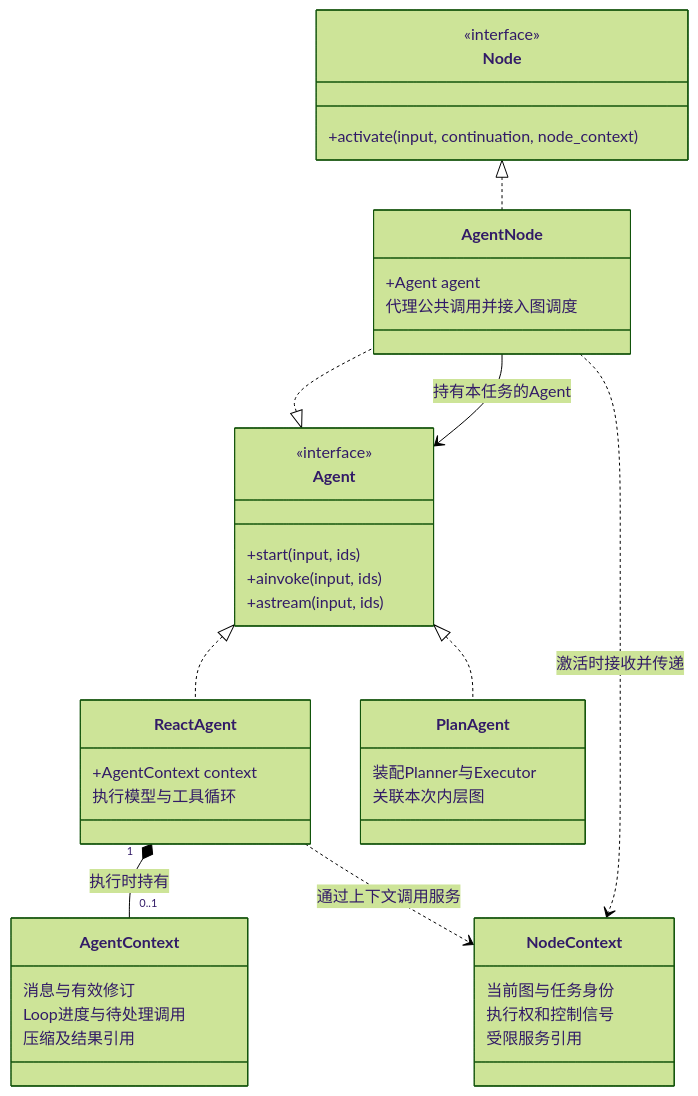
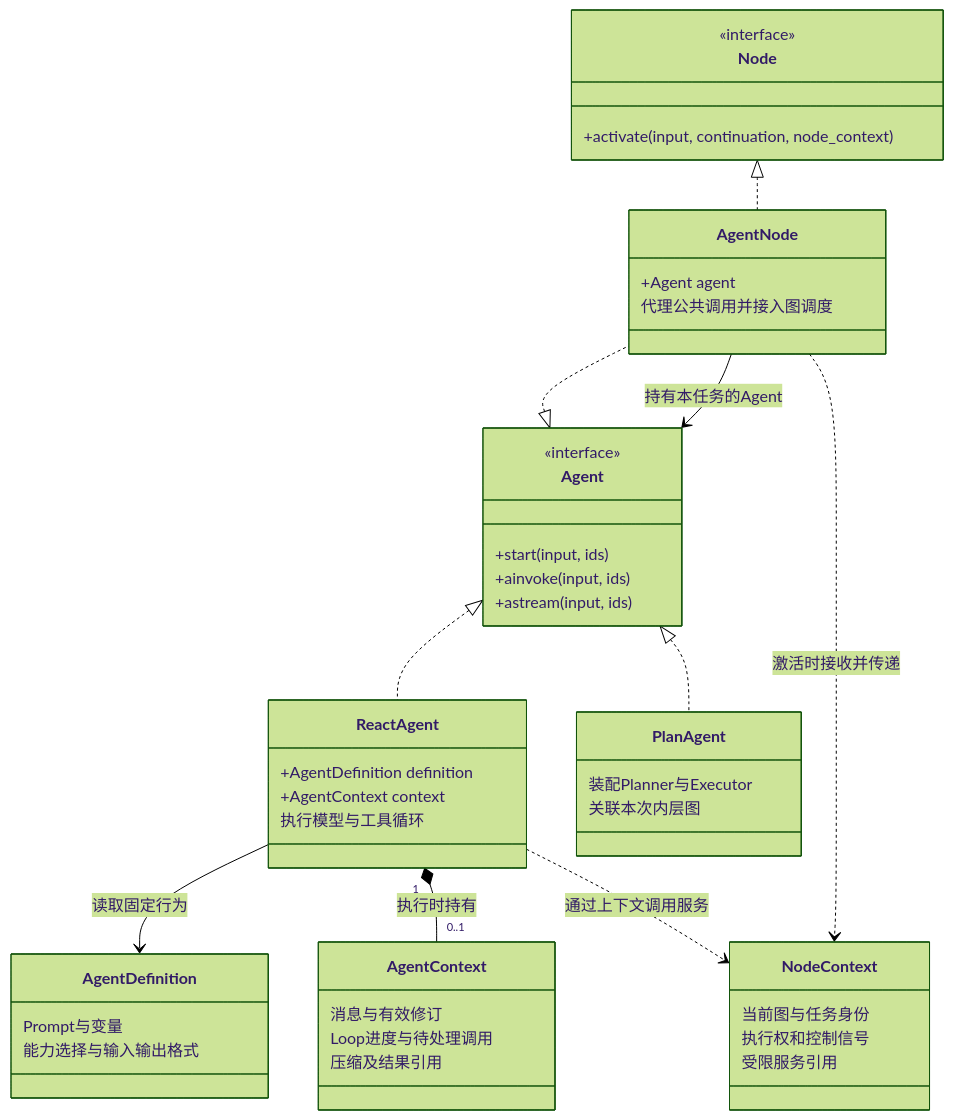
The fifth of 14 diagrams in docs/sdk/object-collaboration.md (dujian0068/agent-loom), drawn with Mermaid (forest theme) before and after one commit. The commit also changed other lines of this file and 17 other files, not shown here.

````diff
--- a/docs/sdk/object-collaboration.md
+++ b/docs/sdk/object-collaboration.md
@@ -138,44 +303,50 @@
 ```mermaid
 classDiagram
     direction TB
     class Node {
       <<interface>>
       +activate(input, continuation, node_context)
     }
     class Agent {
       <<interface>>
       +start(input, ids)
       +ainvoke(input, ids)
       +astream(input, ids)
     }
     class AgentNode {
       +Agent agent
       代理公共调用并接入图调度
     }
     class ReactAgent {
+      +AgentDefinition definition
       +AgentContext context
       执行模型与工具循环
+    }
+    class AgentDefinition {
+      Prompt与变量
+      能力选择与输入输出格式
     }
     class PlanAgent {
       装配Planner与Executor
       关联本次内层图
     }
     class AgentContext {
       消息与有效修订
       Loop进度与待处理调用
       压缩及结果引用
     }
     class NodeContext {
       当前图与任务身份
       执行权和控制信号
       受限服务引用
     }
     Node <|.. AgentNode
     Agent <|.. AgentNode
     Agent <|.. ReactAgent
     Agent <|.. PlanAgent
     AgentNode --> Agent : 持有本任务的Agent
+    ReactAgent --> AgentDefinition : 读取固定行为
     ReactAgent "1" *-- "0..1" AgentContext : 执行时持有
     AgentNode ..> NodeContext : 激活时接收并传递
     ReactAgent ..> NodeContext : 通过上下文调用服务
 ```
````
